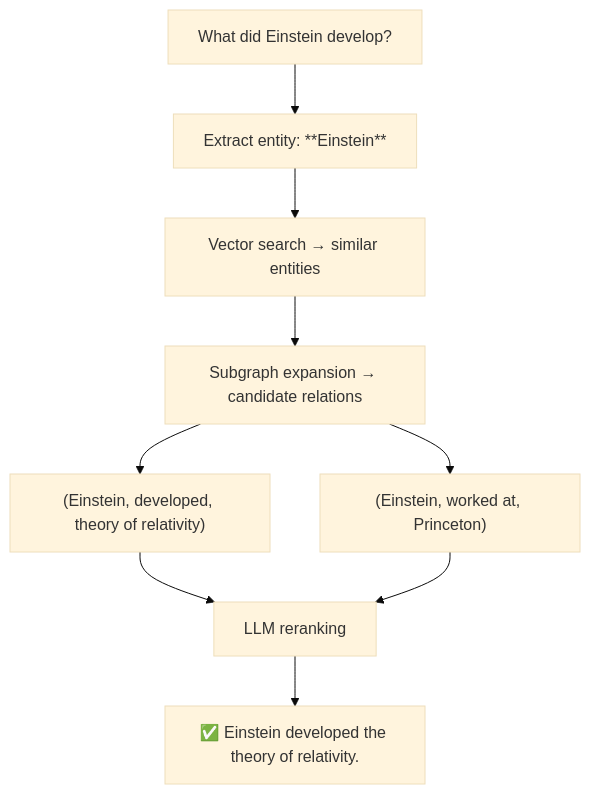
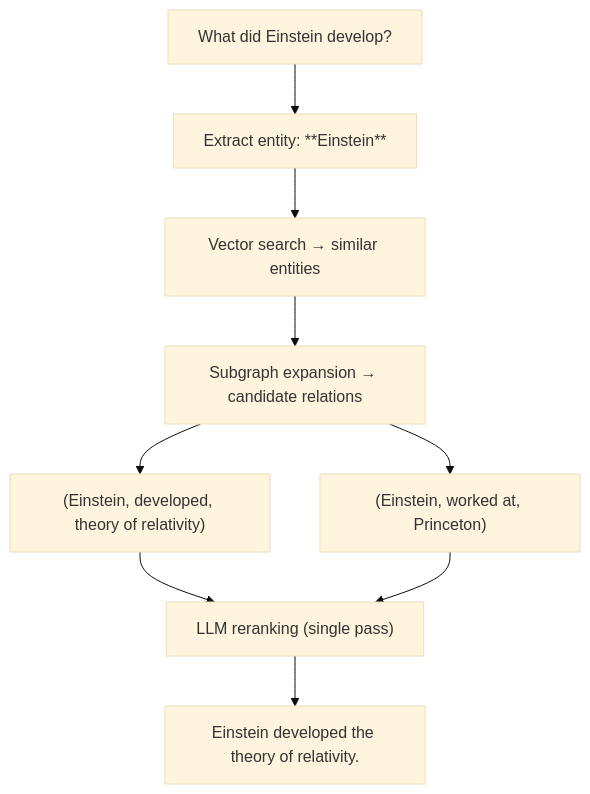
The third of 3 diagrams in docs/how-it-works.md (zilliztech/vector-graph-rag), drawn with Mermaid (base theme) before and after one commit. The commit also changed other lines of this file and 5 other files, not shown here.

````diff
--- a/docs/how-it-works.md
+++ b/docs/how-it-works.md
@@ -53,11 +89,11 @@
 ```mermaid
 flowchart TD
     Q["What did Einstein develop?"] --> E1["Extract entity: **Einstein**"]
     E1 --> VS["Vector search → similar entities"]
     VS --> SE["Subgraph expansion → candidate relations"]
     SE --> R1["(Einstein, developed, theory of relativity)"]
     SE --> R2["(Einstein, worked at, Princeton)"]
-    R1 --> LLM["LLM reranking"]
+    R1 --> LLM["LLM reranking (single pass)"]
     R2 --> LLM
-    LLM --> A["✅ Einstein developed the theory of relativity."]
+    LLM --> A["Einstein developed the theory of relativity."]
 ```
````
